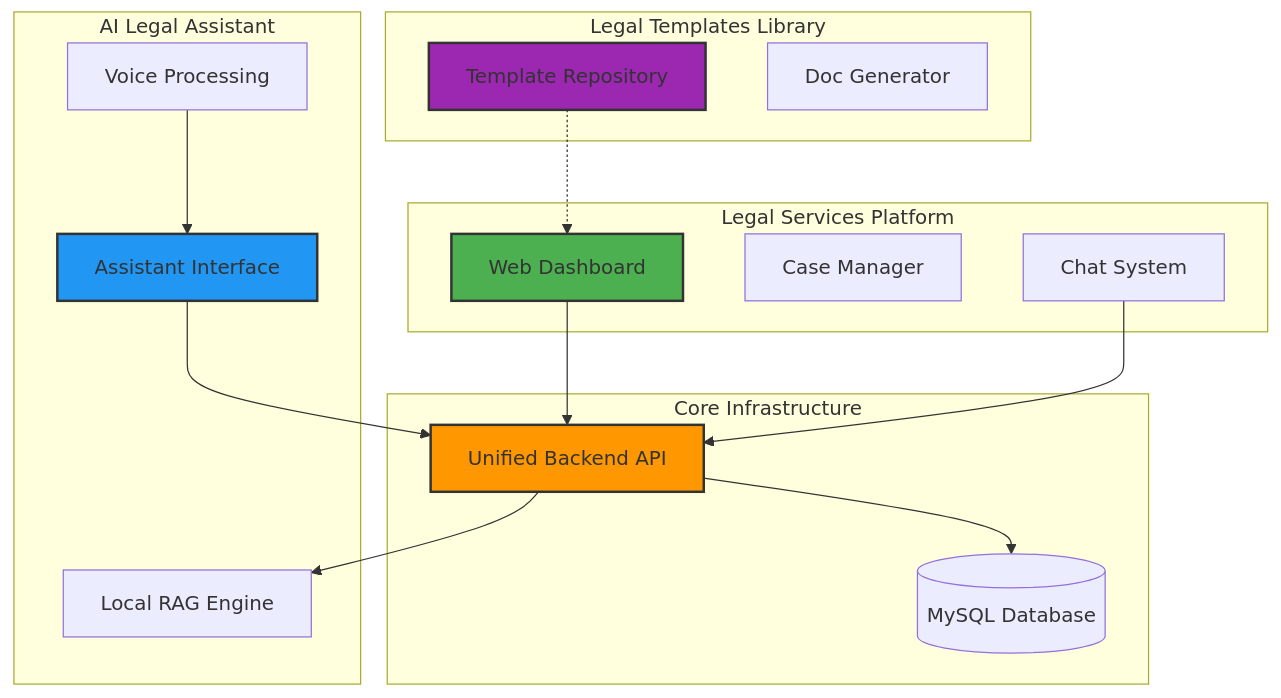
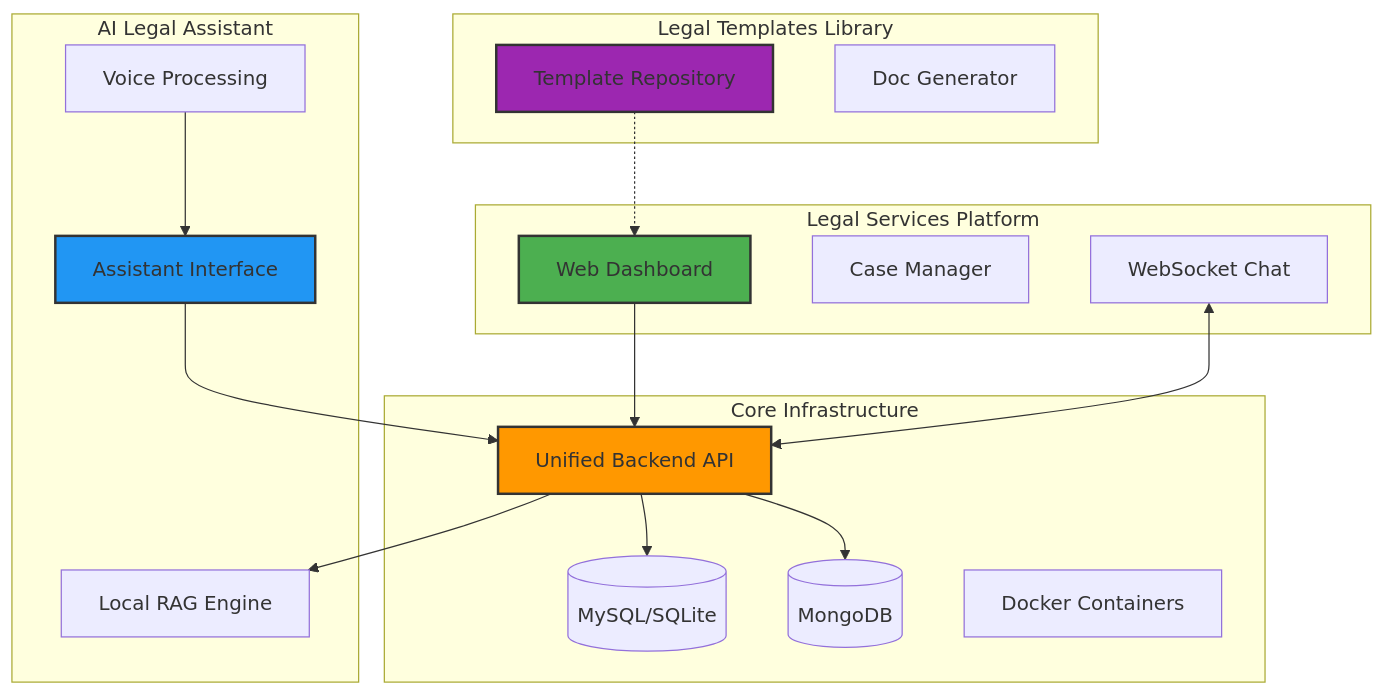
Before and after one commit to quantumNexus0/ai_legal_ecosystem: the first of 9 diagrams in README.md, drawn with Mermaid. The commit also changed other lines of this file and 40 other files, not shown here.

````diff
--- a/README.md
+++ b/README.md
@@ -104,39 +94,42 @@
 ```mermaid
 graph TB
     subgraph "Core Infrastructure"
         Backend[Unified Backend API]
-        DB[(MySQL Database)]
+        SQL[(MySQL/SQLite)]
+        NoSQL[(MongoDB)]
+        Docker[Docker Containers]
     end
 
     subgraph "Legal Services Platform"
         Dashboard[Web Dashboard]
         CaseMgr[Case Manager]
-        Chat[Chat System]
+        Chat[WebSocket Chat]
     end
 
     subgraph "AI Legal Assistant"
         AssistantUI[Assistant Interface]
         Voice[Voice Processing]
         LocalRAG[Local RAG Engine]
     end
 
     subgraph "Legal Templates Library"
         TemplateLib[Template Repository]
         Generator[Doc Generator]
     end
 
     Dashboard --> Backend
     AssistantUI --> Backend
     TemplateLib -.-> Dashboard
     
-    Backend --> DB
+    Backend --> SQL
+    Backend --> NoSQL
     Backend --> LocalRAG
     
-    Chat --> Backend
+    Chat <--> Backend
     Voice --> AssistantUI
     
     style Backend fill:#ff9800,stroke:#333,stroke-width:2px
     style Dashboard fill:#4caf50,stroke:#333,stroke-width:2px
     style AssistantUI fill:#2196f3,stroke:#333,stroke-width:2px
     style TemplateLib fill:#9c27b0,stroke:#333,stroke-width:2px
 ```
````
